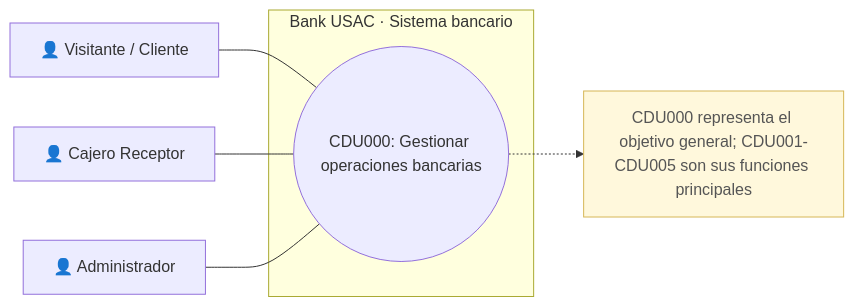
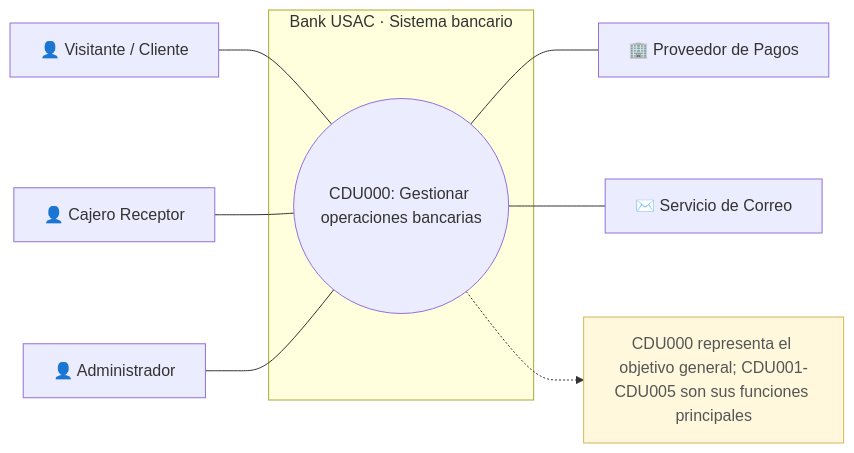
Before and after one commit to marcosbondel/Proyecto-SA-B-2: the diagram in docs/architecture/diagrams/cdu/00-alto-nivel.mmd, drawn with Mermaid. The commit also changed 9 other files, not shown here.

Commit message:
feat: add public layout component and document core architecture use case diagrams

```diff
--- a/docs/architecture/diagrams/cdu/00-alto-nivel.mmd
+++ b/docs/architecture/diagrams/cdu/00-alto-nivel.mmd
@@ -1,17 +1,23 @@
 flowchart LR
     visitor["👤 Visitante / Cliente"]
     teller["👤 Cajero Receptor"]
     admin["👤 Administrador"]
 
     subgraph bank["Bank USAC · Sistema bancario"]
         core(("CDU000: Gestionar operaciones bancarias"))
     end
 
+    provider["🏢 Proveedor de Pagos"]
+    emailService["✉️ Servicio de Correo"]
+
     visitor --- core
     teller --- core
     admin --- core
+
+    core --- provider
+    core --- emailService
 
     note["CDU000 representa el objetivo general; CDU001-CDU005 son sus funciones principales"]:::note
     core -.-> note
 
     classDef note fill:#FFF8DC,stroke:#D6B656,color:#555555;
```
